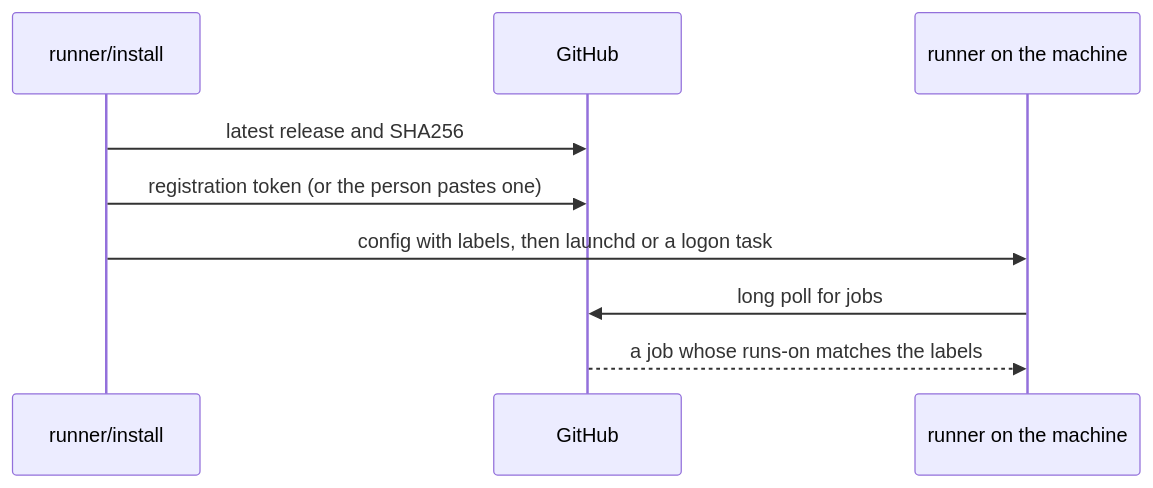
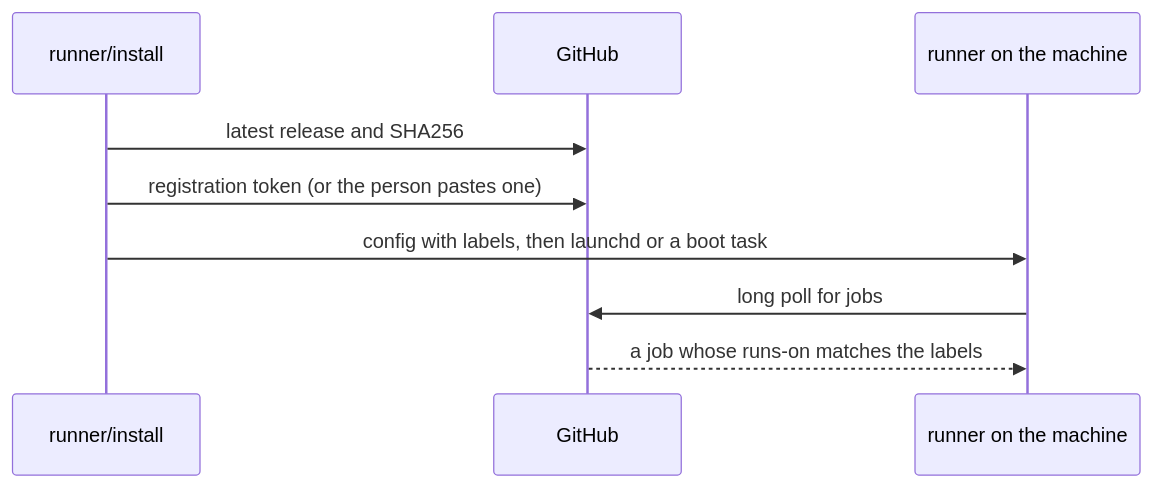
Before and after one commit to workbench-soft/local-ci: the second of 3 diagrams in docs/architecture.md, drawn with Mermaid. The commit also changed other lines of this file and 10 other files, not shown here.

````diff
--- a/docs/architecture.md
+++ b/docs/architecture.md
@@ -41,11 +44,11 @@
 ```mermaid
 sequenceDiagram
   participant S as runner/install
   participant G as GitHub
   participant R as runner on the machine
   S->>G: latest release and SHA256
   S->>G: registration token (or the person pastes one)
-  S->>R: config with labels, then launchd or a logon task
+  S->>R: config with labels, then launchd or a boot task
   R->>G: long poll for jobs
   G-->>R: a job whose runs-on matches the labels
 ```
````
